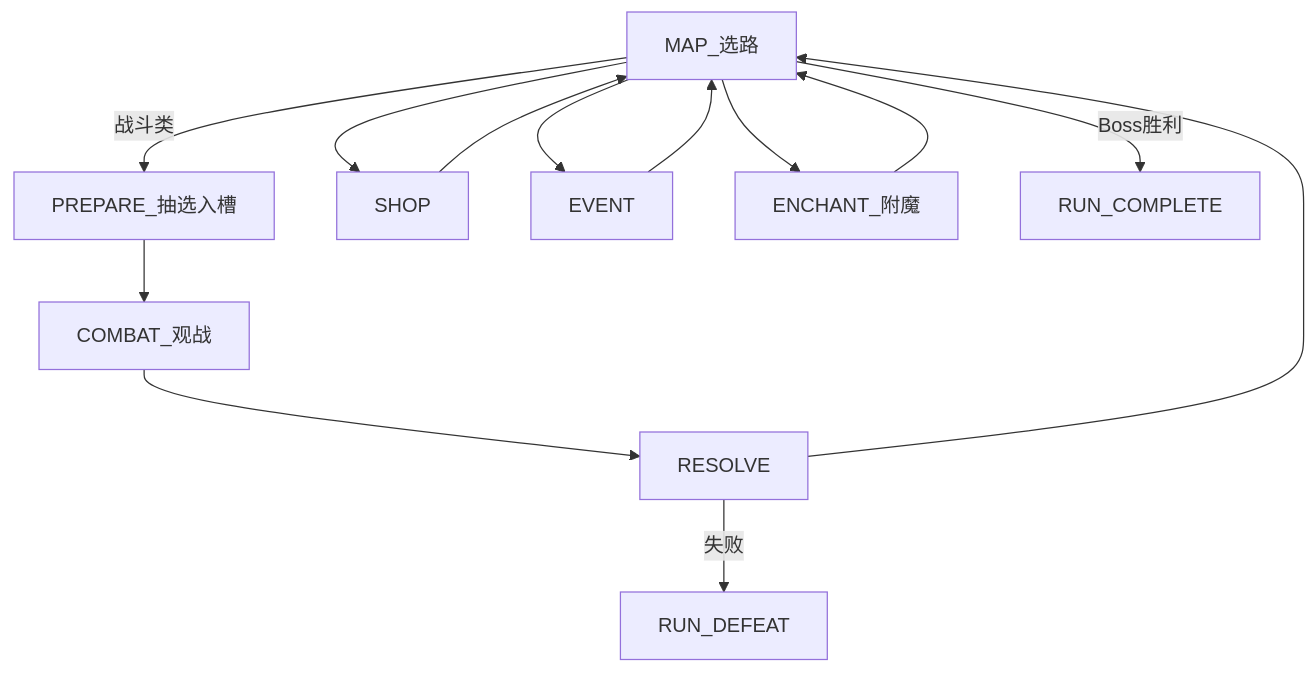
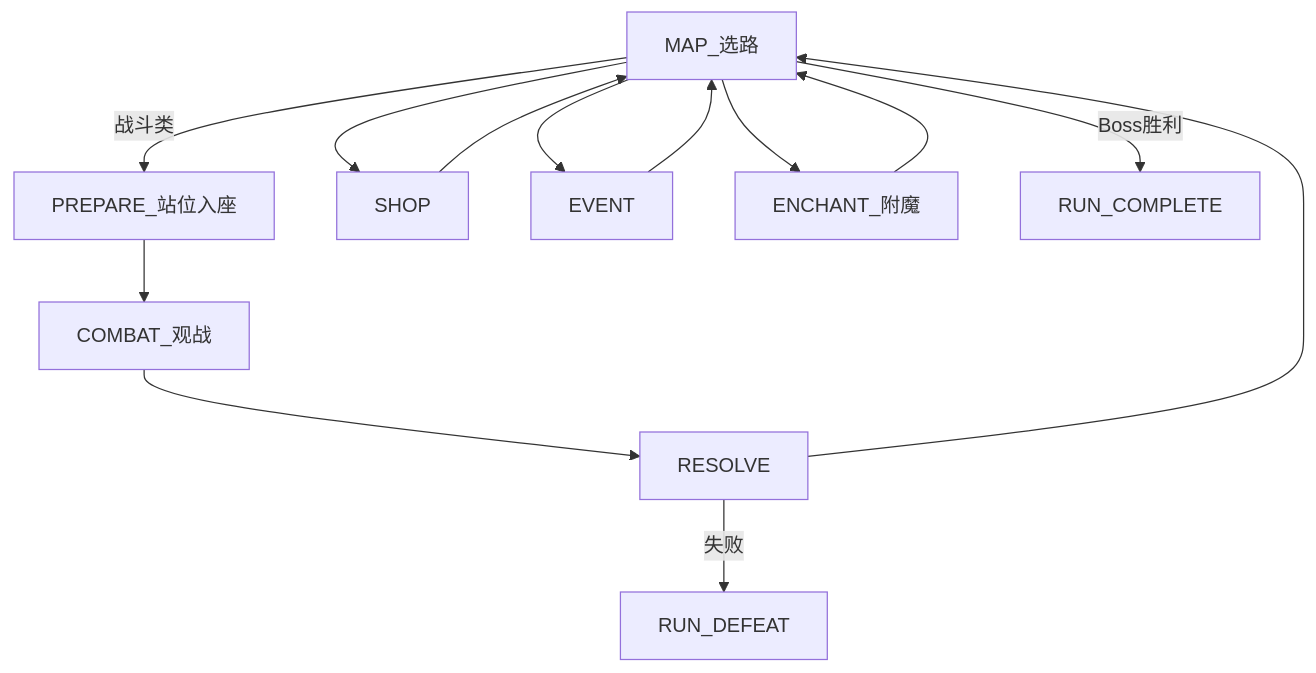
One commit to Kanerickyz/Godot-Project---Clash-royale-like-Game changed the first of 2 diagrams in Documents/GAME_VISION.md. Above: the diagram before and after it, drawn with Mermaid. The commit also changed other lines of this file and 9 other files, not shown here.

````diff
--- a/Documents/GAME_VISION.md
+++ b/Documents/GAME_VISION.md
@@ -101,9 +100,9 @@
 ```mermaid
 flowchart TD
-    Map[MAP_选路] -->|战斗类| Prep[PREPARE_抽选入槽] --> Combat[COMBAT_观战] --> Resolve[RESOLVE] --> Map
+    Map[MAP_选路] -->|战斗类| Prep[PREPARE_站位入座] --> Combat[COMBAT_观战] --> Resolve[RESOLVE] --> Map
     Map --> ShopNode[SHOP] --> Map
     Map --> Event[EVENT] --> Map
     Map --> Enchant[ENCHANT_附魔] --> Map
     Resolve -->|失败| RunDefeat[RUN_DEFEAT]
     Map -->|Boss胜利| RunComplete[RUN_COMPLETE]
 ```
````
